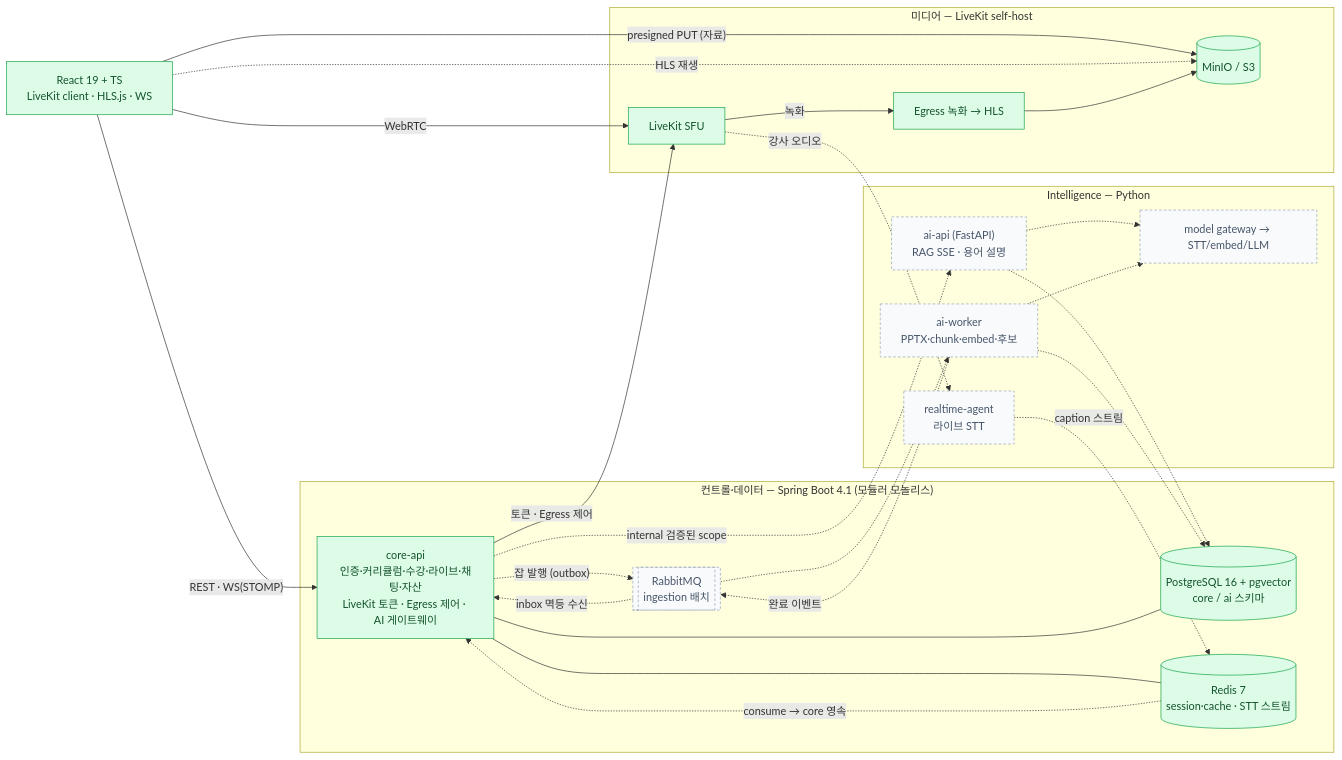
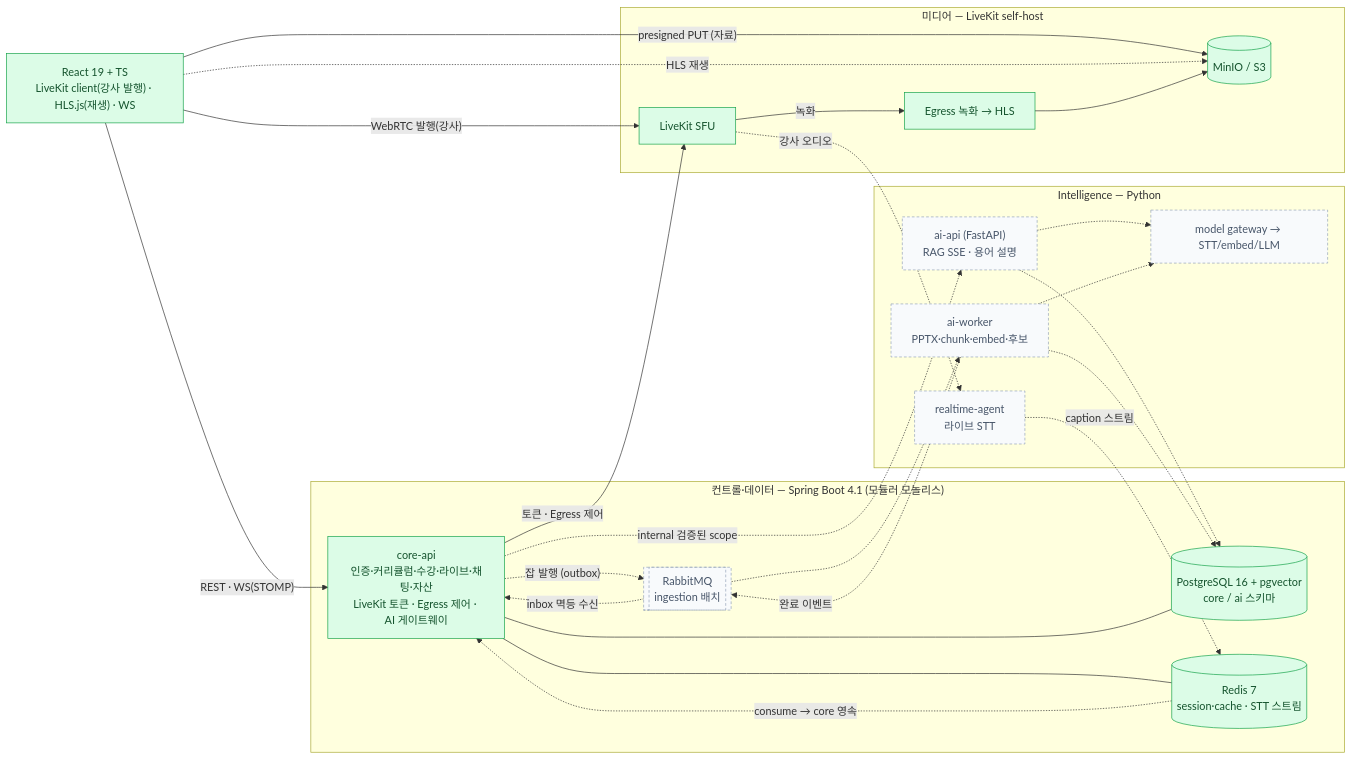
Before and after one commit to thdwjdrl401/jiphyeonjeon: the first of 7 diagrams in docs/ARCHITECTURE.md, drawn with Mermaid. The commit also changed other lines of this file and 2 other files, not shown here.

First line of the commit message:
docs: HLS 단일 재생(ADR-0032) 반영 — 아키텍처·라이브 계약 정합화

````diff
--- a/docs/ARCHITECTURE.md
+++ b/docs/ARCHITECTURE.md
@@ -65,53 +65,53 @@
 ```mermaid
 flowchart LR
   classDef built fill:#dcfce7,stroke:#16a34a,color:#14532d
   classDef partial fill:#fef9c3,stroke:#ca8a04,color:#713f12
   classDef planned fill:#f8fafc,stroke:#94a3b8,color:#475569,stroke-dasharray:4 3
 
-  FE["React 19 + TS<br/>LiveKit client · HLS.js · WS"]
+  FE["React 19 + TS<br/>LiveKit client(강사 발행) · HLS.js(재생) · WS"]
 
   subgraph CTRL["컨트롤·데이터 — Spring Boot 4.1 (모듈러 모놀리스)"]
     SP["core-api<br/>인증·커리큘럼·수강·라이브·채팅·자산<br/>LiveKit 토큰 · Egress 제어 · AI 게이트웨이"]
     PG[("PostgreSQL 16 + pgvector<br/>core / ai 스키마")]
     RD[("Redis 7<br/>session·cache · STT 스트림")]
     MQ[["RabbitMQ<br/>ingestion 배치"]]
   end
 
   subgraph AI["Intelligence — Python"]
     AG["realtime-agent<br/>라이브 STT"]
     API["ai-api (FastAPI)<br/>RAG SSE · 용어 설명"]
     WK["ai-worker<br/>PPTX·chunk·embed·후보"]
     GW["model gateway → STT/embed/LLM"]
   end
 
   subgraph MEDIA["미디어 — LiveKit self-host"]
     LK["LiveKit SFU"]
     EG["Egress 녹화 → HLS"]
     OBJ[("MinIO / S3")]
   end
 
   FE -->|"REST · WS(STOMP)"| SP
-  FE -->|"WebRTC"| LK
+  FE -->|"WebRTC 발행(강사)"| LK
   FE -->|"presigned PUT (자료)"| OBJ
   FE -.->|"HLS 재생"| OBJ
   SP -->|"토큰 · Egress 제어"| LK
   SP --- PG
   SP --- RD
   SP -.->|"잡 발행 (outbox)"| MQ
   SP -.->|"internal 검증된 scope"| API
   MQ -.-> WK
   WK -.->|"완료 이벤트"| MQ
   MQ -.->|"inbox 멱등 수신"| SP
   LK -.->|"강사 오디오"| AG
   AG -.->|"caption 스트림"| RD
   RD -.->|"consume → core 영속"| SP
   LK -->|"녹화"| EG
   EG --> OBJ
   API -.-> PG
   API -.-> GW
   WK -.-> GW
   WK -.-> PG
 
   class FE,SP,PG,RD,LK,EG,OBJ built
   class MQ,AG,API,WK,GW planned
 ```
````
